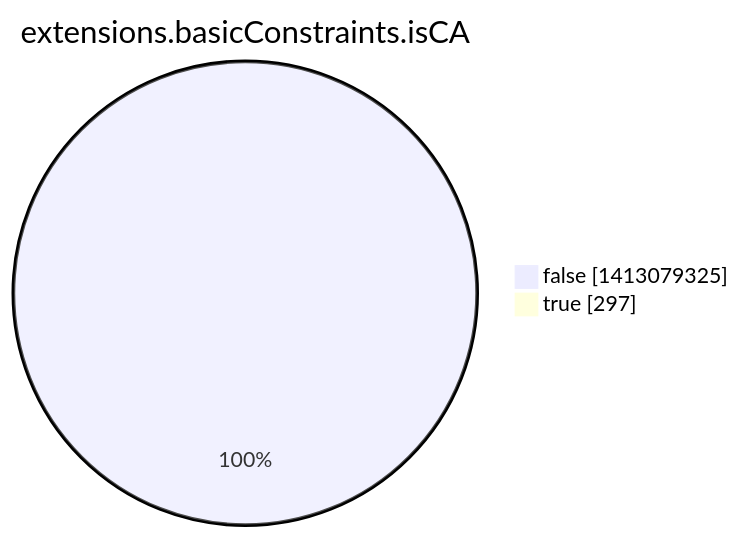
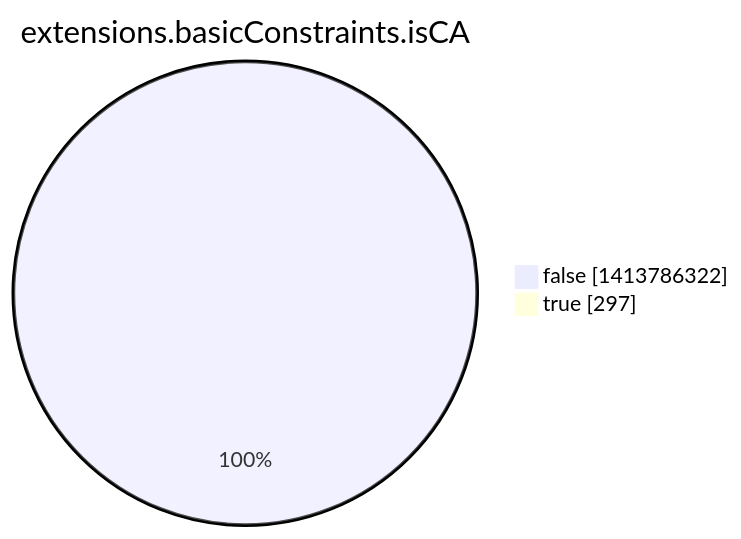
The eighth of 15 diagrams in argon2022/README.md (christiankrug/ctmonitor_visualization), drawn with Mermaid before and after one commit. The commit also changed other lines of this file, not shown here.

````diff
--- a/argon2022/README.md
+++ b/argon2022/README.md
@@ -2760,6 +2760,6 @@
 ```mermaid
 pie showData
 title extensions.basicConstraints.isCA
-"false" :1413079325
+"false" :1413786322
 "true" :297
 ```
````
